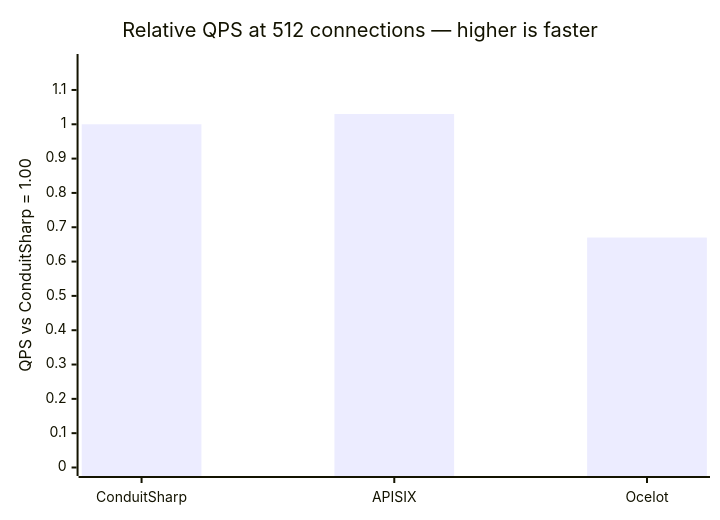
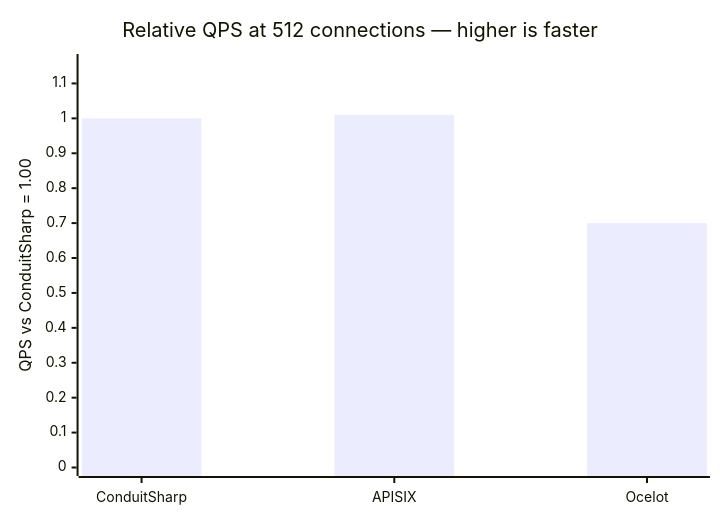
One commit to liqngliz/ConduitSharp changed the second of 8 diagrams in README.md. Above: the diagram before and after it, drawn with Mermaid. The commit also changed other lines of this file and 1 other file, not shown here.

````diff
--- a/README.md
+++ b/README.md
@@ -76,7 +76,7 @@
 ```mermaid
 xychart-beta
     title "Relative QPS at 512 connections — higher is faster"
     x-axis ["ConduitSharp", "APISIX", "Ocelot"]
-    y-axis "QPS vs ConduitSharp = 1.00" 0 --> 1.18
-    bar [1.00, 1.03, 0.67]
+    y-axis "QPS vs ConduitSharp = 1.00" 0 --> 1.16
+    bar [1.00, 1.01, 0.70]
 ```
````
